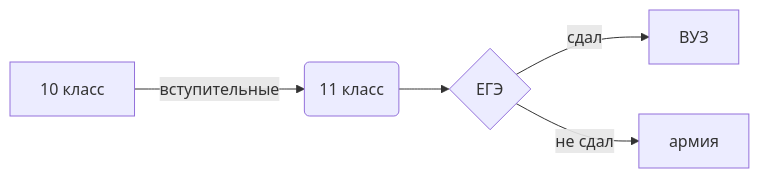
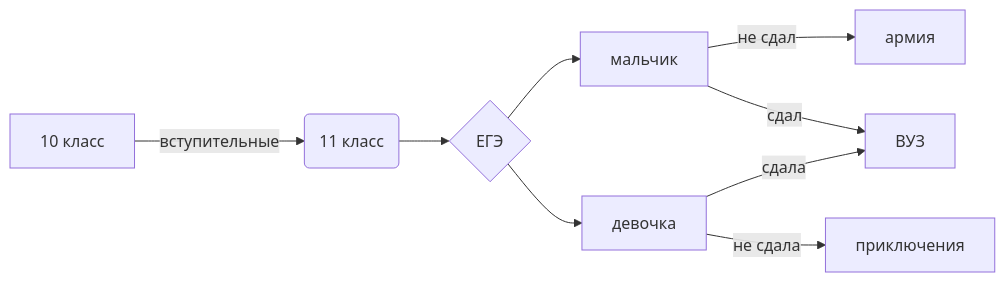
The diagram in README.md (HaterYuumi/-051), drawn with Mermaid before and after one commit.

````diff
--- a/README.md
+++ b/README.md
@@ -23,8 +23,12 @@
 ```mermaid
 flowchart LR
 
 A[10 класс] -->|вступительные| B(11 класс)
 B --> C{ЕГЭ}
-C -->|сдал| D[ВУЗ]
-C -->|не сдал| E[армия]
+C --> D[мальчик]
+C --> E[девочка]
+D --> |не сдал| F[армия]
+D --> |сдал| G[ВУЗ]
+E --> |сдалa| G
+E --> |не сдала| H[приключения]
 ```
````
